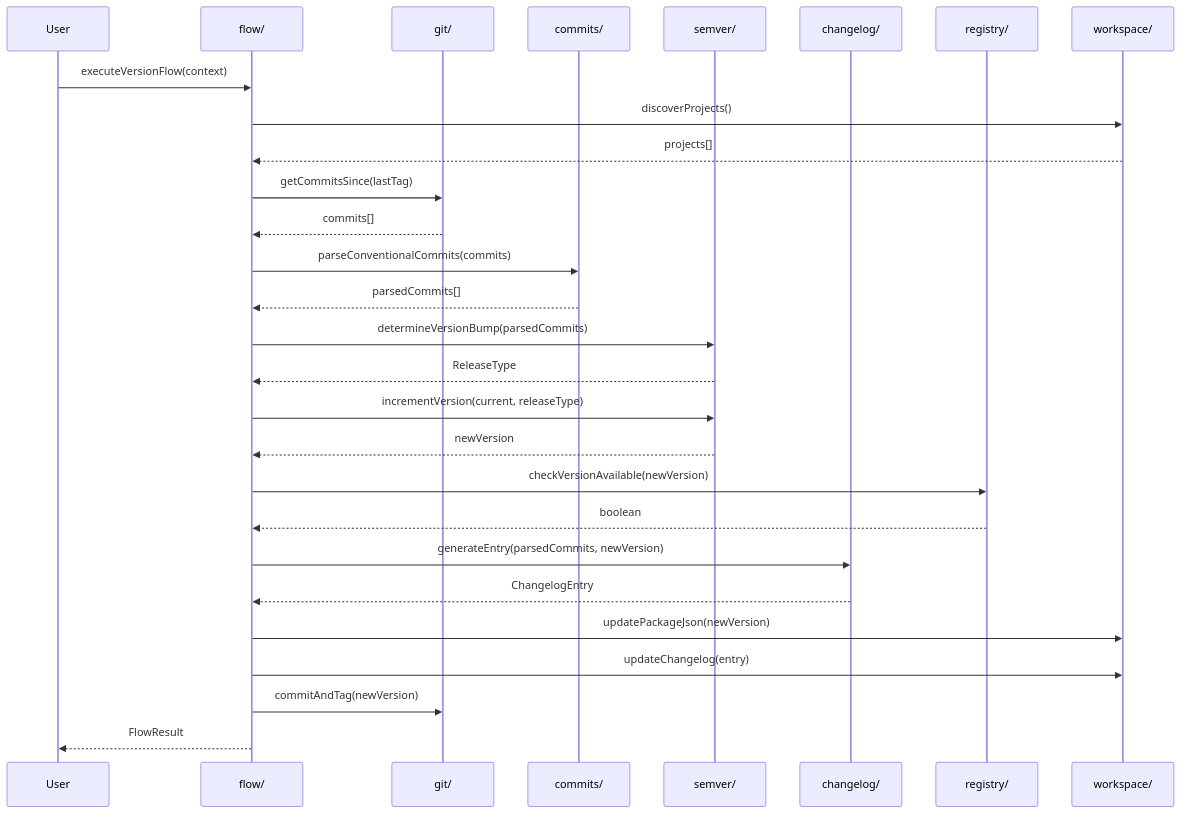
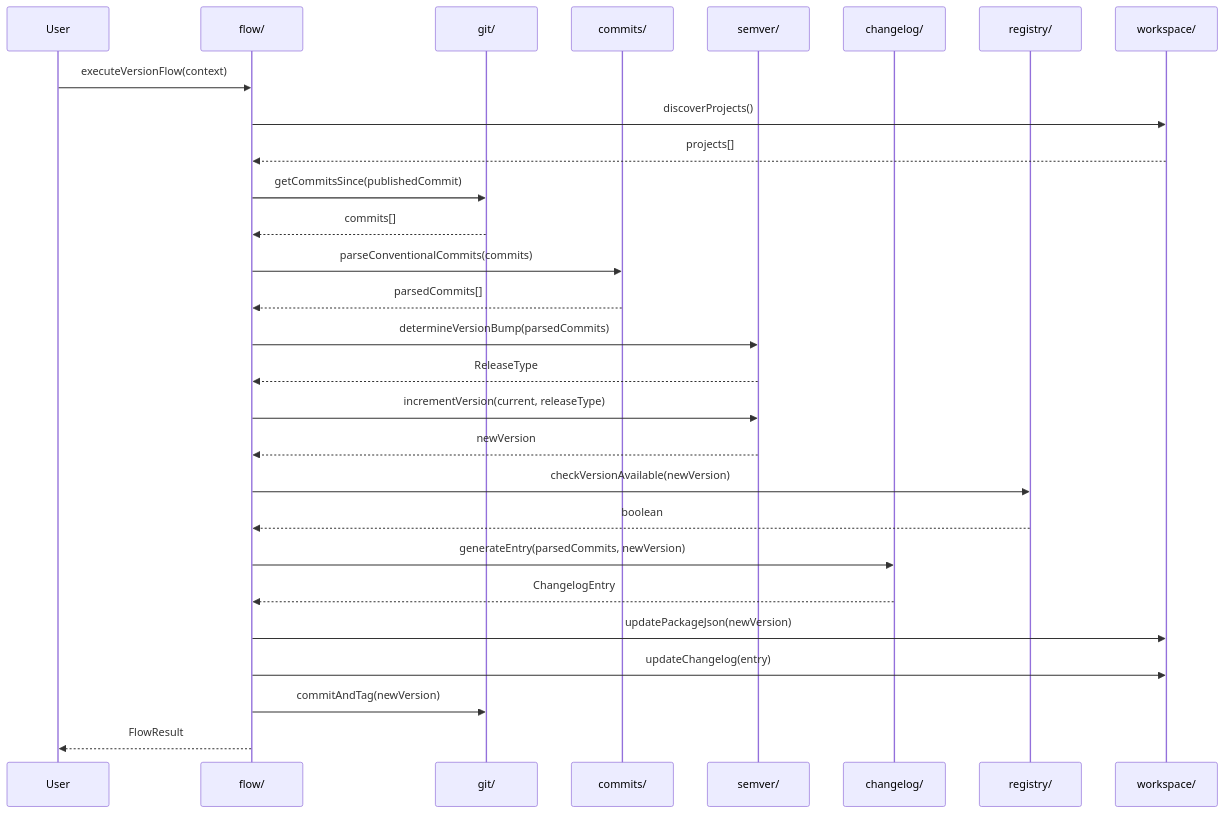
Before and after one commit to AndrewRedican/hyperfrontend: the third of 15 diagrams in libs/versioning/ARCHITECTURE.md, drawn with Mermaid. The commit also changed 3 other files, not shown here.

````diff
--- a/libs/versioning/ARCHITECTURE.md
+++ b/libs/versioning/ARCHITECTURE.md
@@ -125,40 +125,40 @@
 ```mermaid
 sequenceDiagram
     participant User
     participant Flow as flow/
     participant Git as git/
     participant Commits as commits/
     participant Semver as semver/
     participant Changelog as changelog/
     participant Registry as registry/
     participant Workspace as workspace/
 
     User->>Flow: executeVersionFlow(context)
     Flow->>Workspace: discoverProjects()
     Workspace-->>Flow: projects[]
 
-    Flow->>Git: getCommitsSince(lastTag)
+    Flow->>Git: getCommitsSince(publishedCommit)
     Git-->>Flow: commits[]
 
     Flow->>Commits: parseConventionalCommits(commits)
     Commits-->>Flow: parsedCommits[]
 
     Flow->>Semver: determineVersionBump(parsedCommits)
     Semver-->>Flow: ReleaseType
 
     Flow->>Semver: incrementVersion(current, releaseType)
     Semver-->>Flow: newVersion
 
     Flow->>Registry: checkVersionAvailable(newVersion)
     Registry-->>Flow: boolean
 
     Flow->>Changelog: generateEntry(parsedCommits, newVersion)
     Changelog-->>Flow: ChangelogEntry
 
     Flow->>Workspace: updatePackageJson(newVersion)
     Flow->>Workspace: updateChangelog(entry)
 
     Flow->>Git: commitAndTag(newVersion)
 
     Flow-->>User: FlowResult
 ```
````
